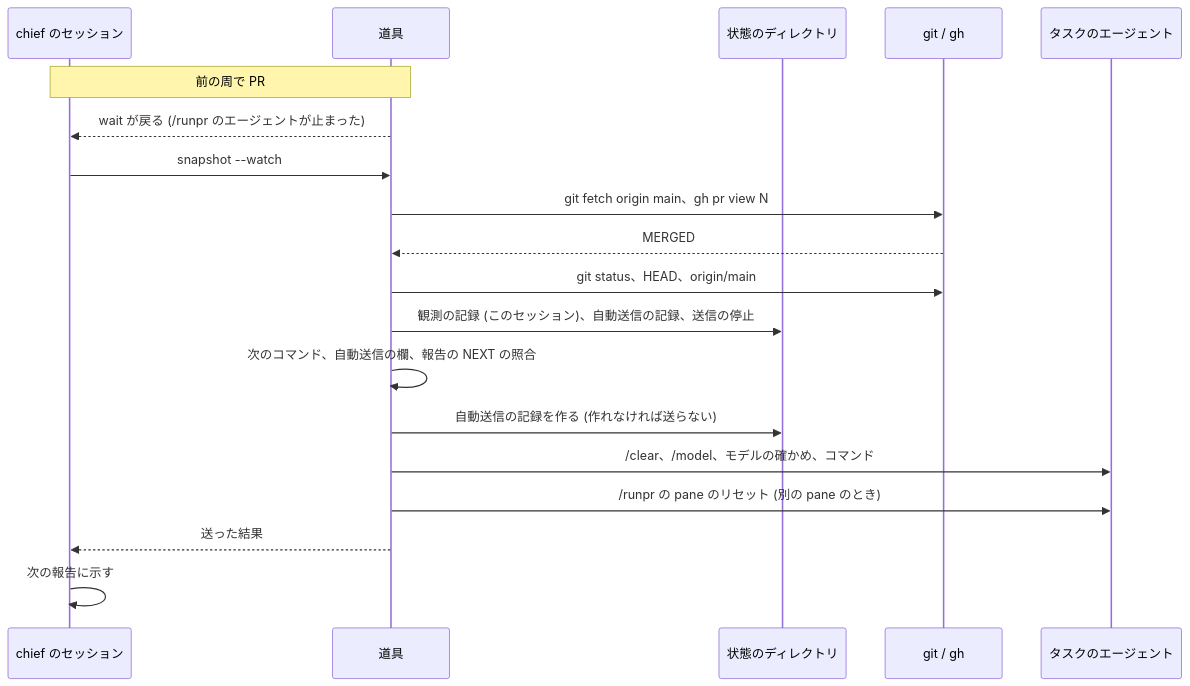
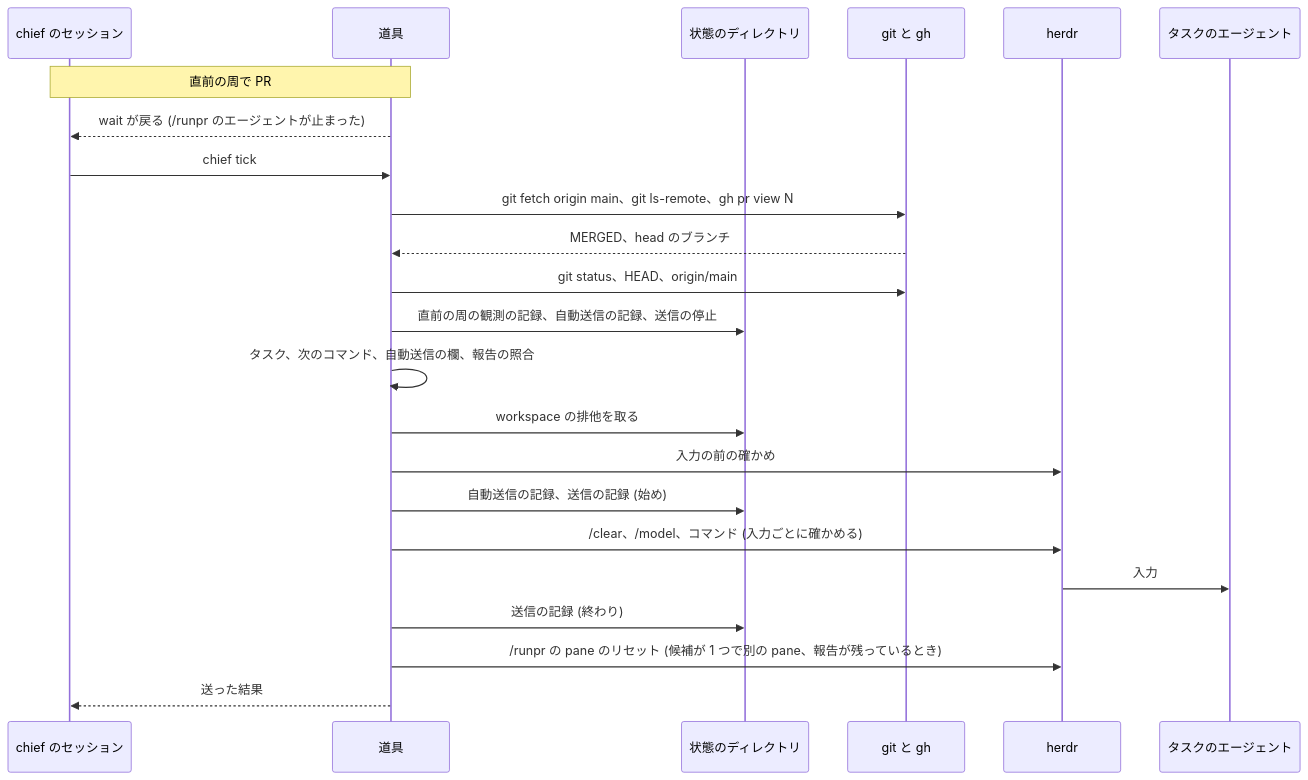
Before and after one commit to isseis/yt2column: the fifth of 6 diagrams in docs/tasks/0088_chief_of_staff/02_architecture.md, drawn with Mermaid. The commit also changed other lines of this file and 2 other files, not shown here.

````diff
--- a/docs/tasks/0088_chief_of_staff/02_architecture.md
+++ b/docs/tasks/0088_chief_of_staff/02_architecture.md
@@ -617,22 +855,26 @@
 ```mermaid
 sequenceDiagram
     participant S as chief のセッション
     participant T as 道具
     participant R as 状態のディレクトリ
-    participant GH as git / gh
+    participant GG as git と gh
+    participant HD as herdr
     participant P as タスクのエージェント
 
-    Note over S,T: 前の周で PR #N が開いているのを見て、観測の記録がある
+    Note over S,T: 直前の周で PR #N が開いているのを見て、観測の記録がある
     T-->>S: wait が戻る (/runpr のエージェントが止まった)
-    S->>T: snapshot --watch
-    T->>GH: git fetch origin main、gh pr view N
-    GH-->>T: MERGED
-    T->>GH: git status、HEAD、origin/main
-    T->>R: 観測の記録 (このセッション)、自動送信の記録、送信の停止
-    T->>T: 次のコマンド、自動送信の欄、報告の NEXT の照合
-    T->>R: 自動送信の記録を作る (作れなければ送らない)
-    T->>P: /clear、/model、モデルの確かめ、コマンド
-    T->>P: /runpr の pane のリセット (別の pane のとき)
+    S->>T: chief tick
+    T->>GG: git fetch origin main、git ls-remote、gh pr view N
+    GG-->>T: MERGED、head のブランチ
+    T->>GG: git status、HEAD、origin/main
+    T->>R: 直前の周の観測の記録、自動送信の記録、送信の停止
+    T->>T: タスク、次のコマンド、自動送信の欄、報告の照合
+    T->>R: workspace の排他を取る
+    T->>HD: 入力の前の確かめ
+    T->>R: 自動送信の記録、送信の記録 (始め)
+    T->>HD: /clear、/model、コマンド (入力ごとに確かめる)
+    HD->>P: 入力
+    T->>R: 送信の記録 (終わり)
+    T->>HD: /runpr の pane のリセット (候補が 1 つで別の pane、報告が残っているとき)
     T-->>S: 送った結果
-    S->>S: 次の報告に示す
 ```
````
